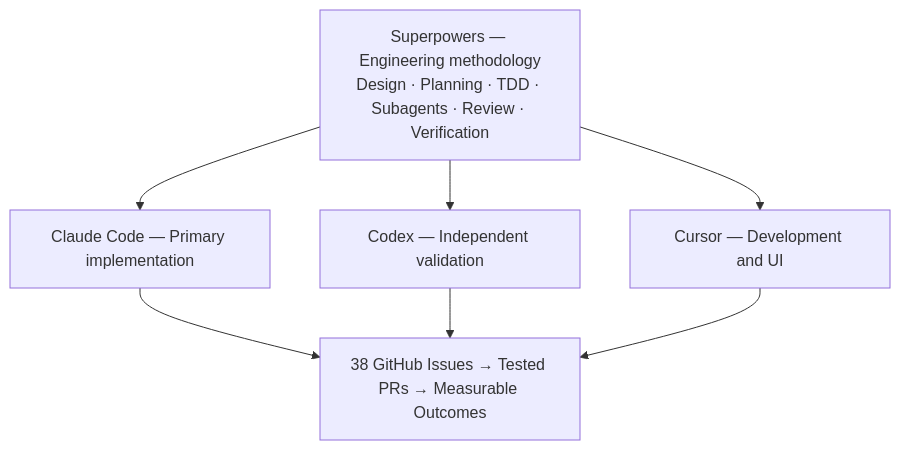
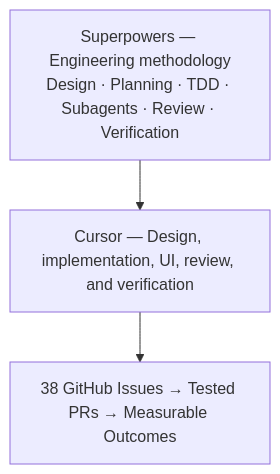
One commit to javakishore-veleti/AWS-Agentic-AI-SRE-Incident-Intelligence changed the diagram in SUPERPOWERS_ADOPTION.md. Above: the diagram before and after it, drawn with Mermaid. The commit also changed other lines of this file and 1 other file, not shown here.

Commit message:
Keep Superpowers execution in Cursor and leave Claude Code out of this phase.

````diff
--- a/SUPERPOWERS_ADOPTION.md
+++ b/SUPERPOWERS_ADOPTION.md
@@ -11,10 +11,6 @@
 ```mermaid
 flowchart TD
   S[Superpowers — Engineering methodology<br/>Design · Planning · TDD · Subagents · Review · Verification]
-  S --> C[Claude Code — Primary implementation]
-  S --> X[Codex — Independent validation]
-  S --> U[Cursor — Development and UI]
-  C --> G[38 GitHub Issues → Tested PRs → Measurable Outcomes]
-  X --> G
-  U --> G
+  S --> U[Cursor — Design, implementation, UI, review, and verification]
+  U --> G[38 GitHub Issues → Tested PRs → Measurable Outcomes]
 ```
````
